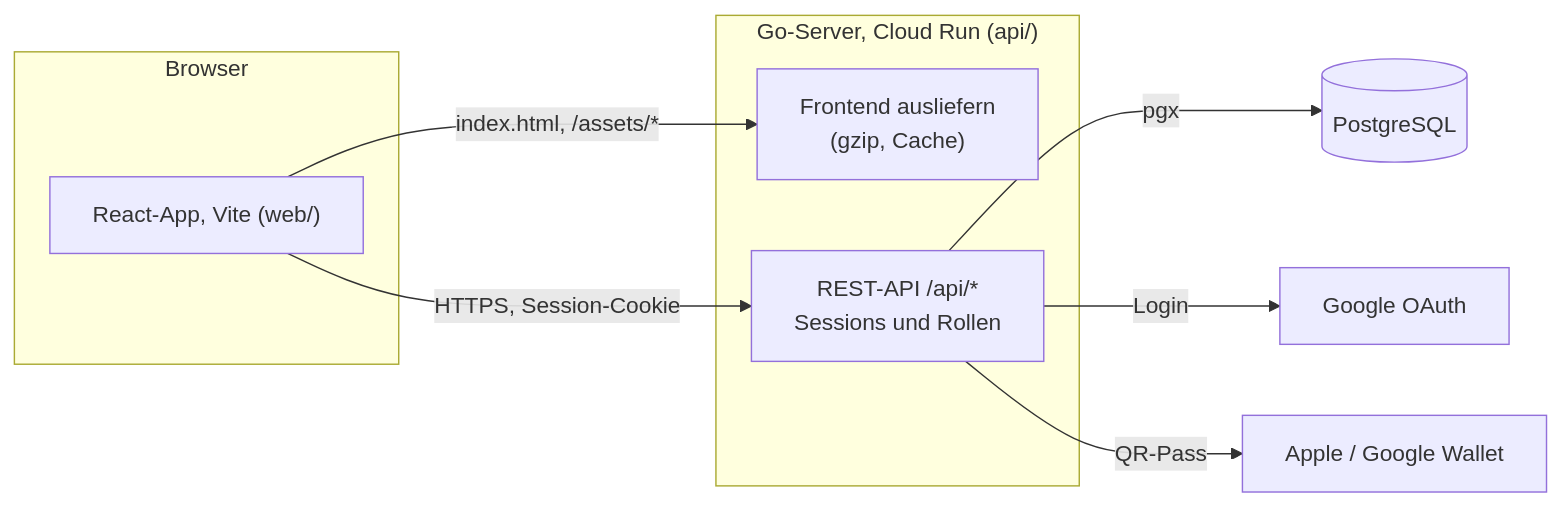
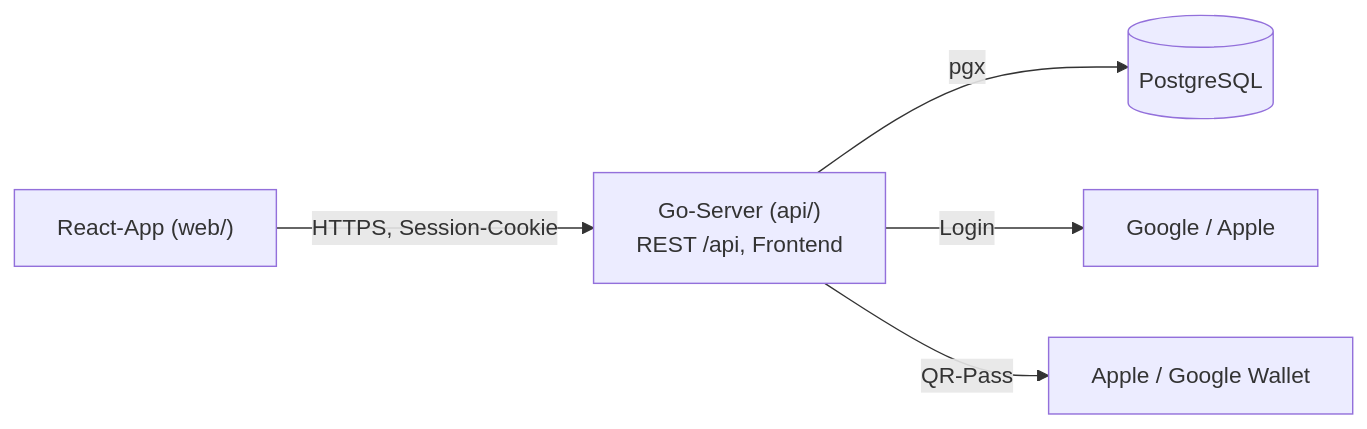
One commit to tribock/midnightsports changed the first of 4 diagrams in docs/architektur.md. Above: the diagram before and after it, drawn with Mermaid. The commit also changed other lines of this file and 13 other files, not shown here.

````diff
--- a/docs/architektur.md
+++ b/docs/architektur.md
@@ -8,19 +7,7 @@
 ```mermaid
 flowchart LR
-    subgraph Browser
-        SPA["React-App, Vite (web/)"]
-    end
-    subgraph Server["Go-Server, Cloud Run (api/)"]
-        Static["Frontend ausliefern<br/>(gzip, Cache)"]
-        API["REST-API /api/*<br/>Sessions und Rollen"]
-    end
-    DB[("PostgreSQL")]
-    Google["Google OAuth"]
-    Wallet["Apple / Google Wallet"]
-
-    SPA -- "HTTPS, Session-Cookie" --> API
-    SPA -- "index.html, /assets/*" --> Static
-    API -- "pgx" --> DB
-    API -- "Login" --> Google
-    API -- "QR-Pass" --> Wallet
+    SPA["React-App (web/)"] -- "HTTPS, Session-Cookie" --> API["Go-Server (api/)<br/>REST /api, Frontend"]
+    API -- pgx --> DB[("PostgreSQL")]
+    API -- Login --> IdP["Google / Apple"]
+    API -- QR-Pass --> Wallet["Apple / Google Wallet"]
 ```
````
